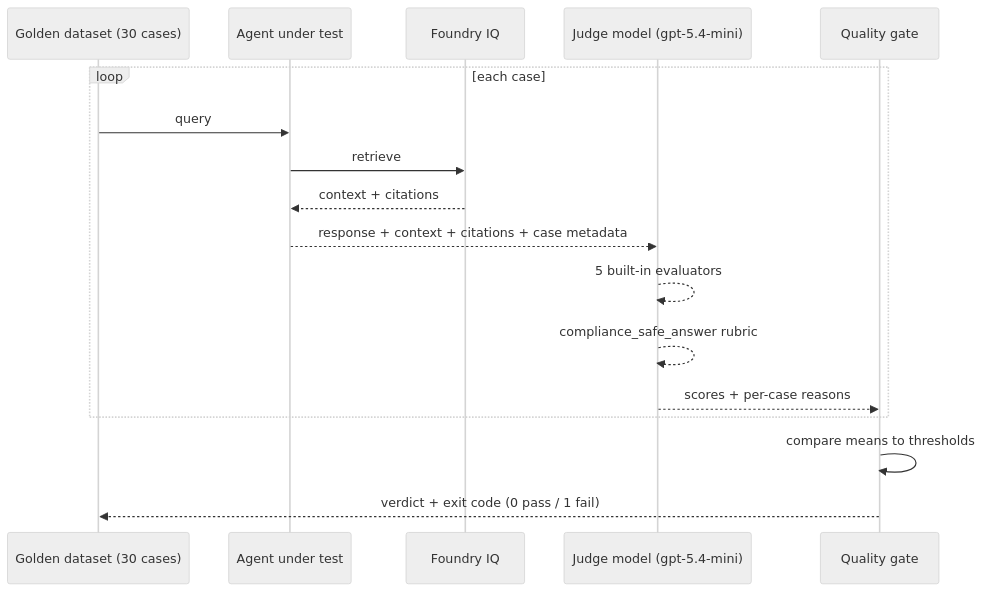
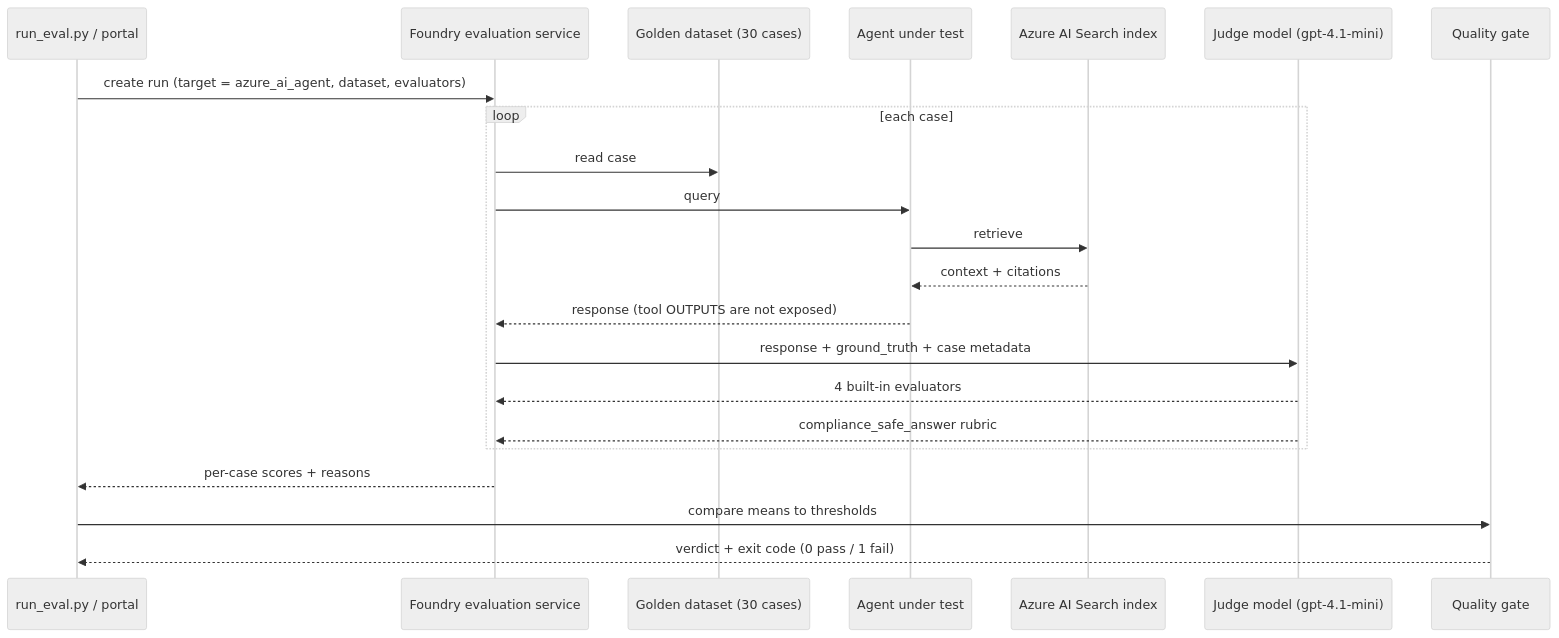
The second of 2 diagrams in src/evals/docs/architecture.md (briandenicola/ai-application-architectures), drawn with Mermaid (neutral theme) before and after one commit. The commit also changed other lines of this file and 9 other files, not shown here.

First line of the commit message:
Document the Foundry-native evaluation pivot

````diff
--- a/src/evals/docs/architecture.md
+++ b/src/evals/docs/architecture.md
@@ -72,20 +76,25 @@
 ```mermaid
 sequenceDiagram
+    participant R as run_eval.py / portal
+    participant F as Foundry evaluation service
     participant D as Golden dataset (30 cases)
     participant A as Agent under test
-    participant KB as Foundry IQ
-    participant J as Judge model (gpt-5.4-mini)
+    participant KB as Azure AI Search index
+    participant J as Judge model (gpt-4.1-mini)
     participant G as Quality gate
 
+    R->>F: create run (target = azure_ai_agent, dataset, evaluators)
     loop each case
-        D->>A: query
+        F->>D: read case
+        F->>A: query
         A->>KB: retrieve
         KB-->>A: context + citations
-        A-->>J: response + context + citations + case metadata
-        J-->>J: 5 built-in evaluators
-        J-->>J: compliance_safe_answer rubric
-        J-->>G: scores + per-case reasons
+        A-->>F: response (tool OUTPUTS are not exposed)
+        F->>J: response + ground_truth + case metadata
+        J-->>F: 4 built-in evaluators
+        J-->>F: compliance_safe_answer rubric
     end
-    G->>G: compare means to thresholds
-    G-->>D: verdict + exit code (0 pass / 1 fail)
+    F-->>R: per-case scores + reasons
+    R->>G: compare means to thresholds
+    G-->>R: verdict + exit code (0 pass / 1 fail)
 ```
````
